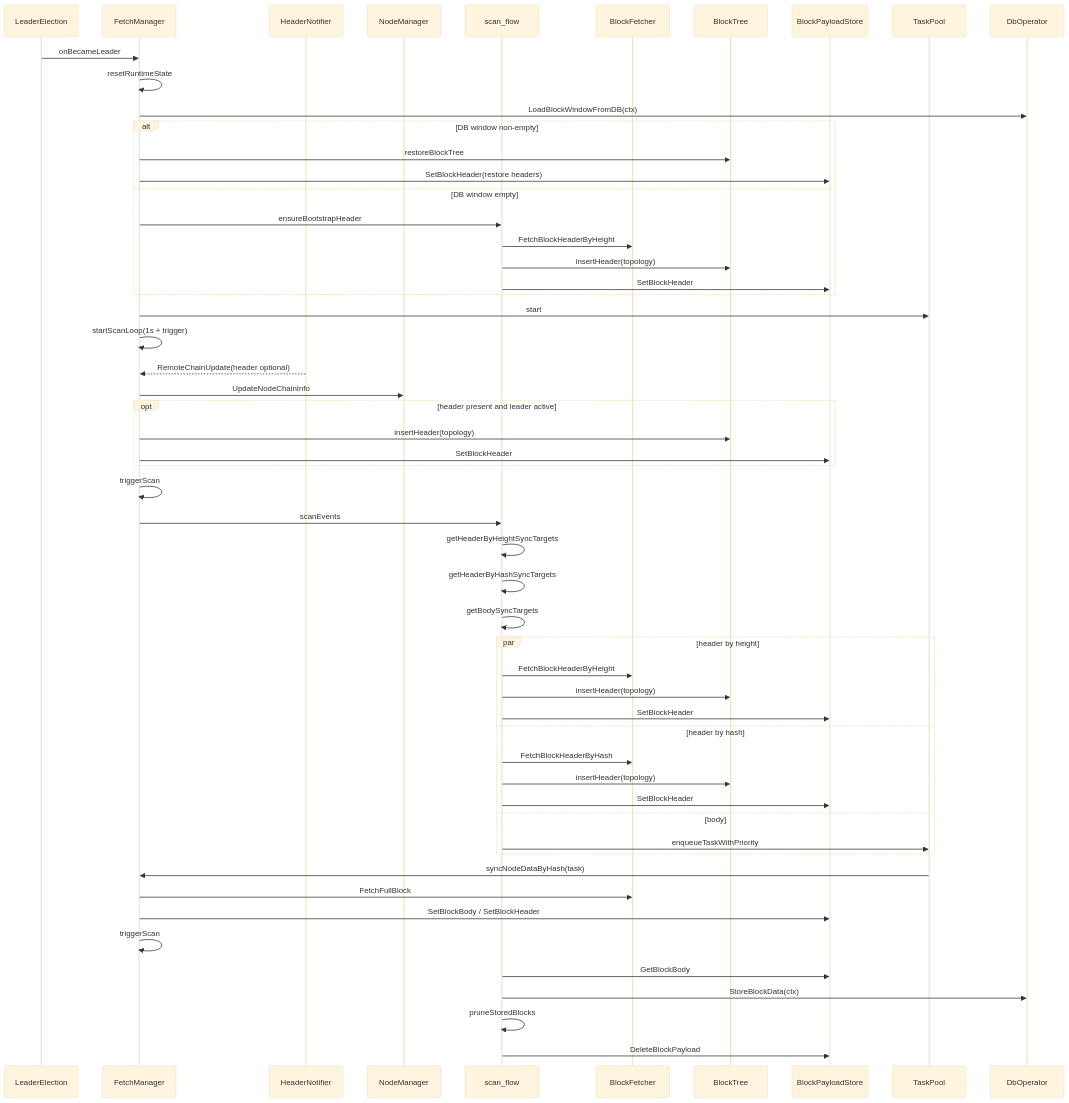
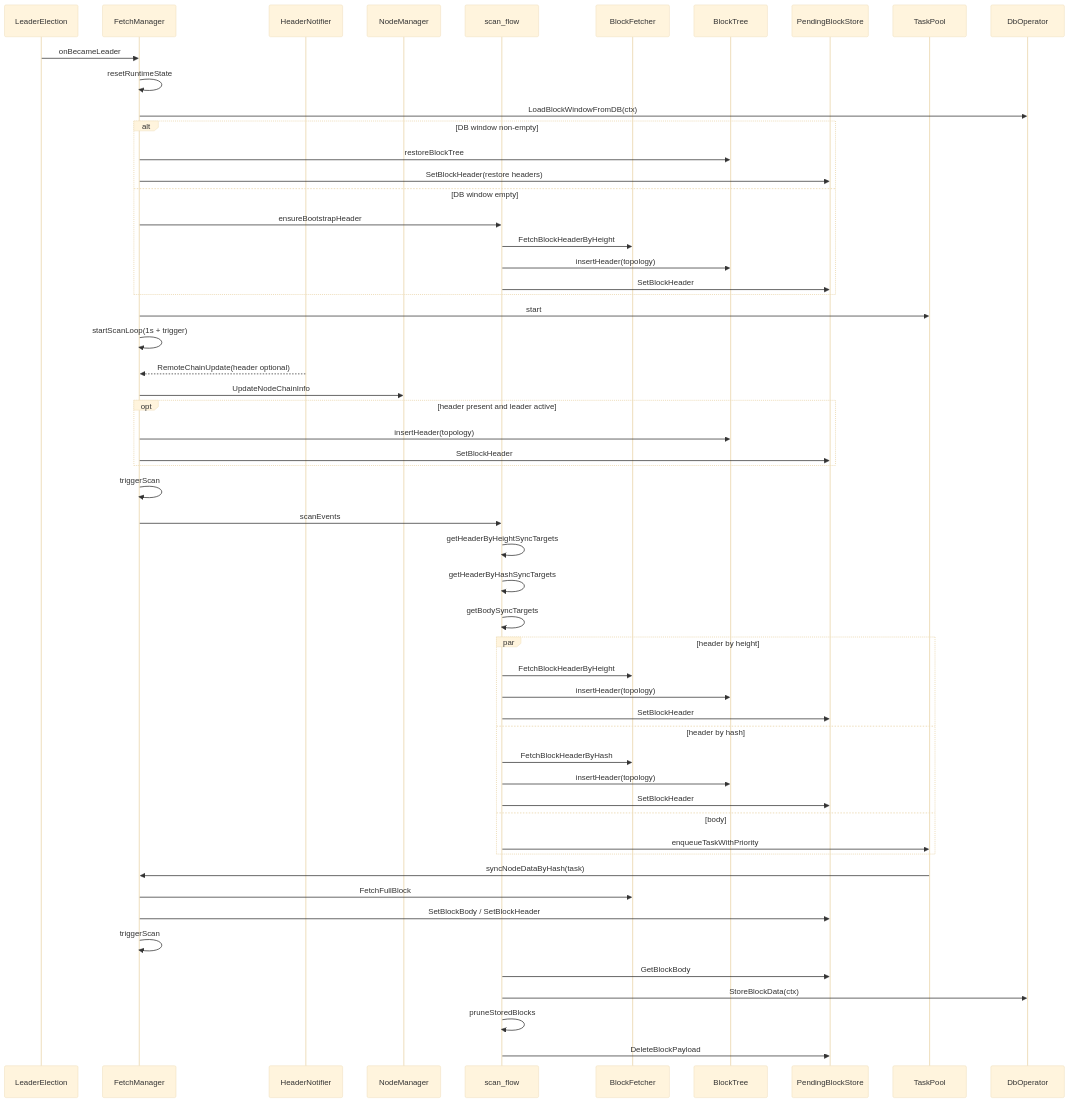
One commit to rqzrqh/scanner_eth changed the second of 2 diagrams in doc/design.md. Above: the diagram before and after it, drawn with Mermaid (base theme). The commit also changed other lines of this file and 57 other files, not shown here.

````diff
--- a/doc/design.md
+++ b/doc/design.md
@@ -49,64 +49,64 @@
 ```mermaid
 sequenceDiagram
     participant LE as LeaderElection
     participant FM as FetchManager
     participant HN as HeaderNotifier
     participant NM as NodeManager
     participant SF as scan_flow
     participant BF as BlockFetcher
     participant BT as BlockTree
-    participant PBD as BlockPayloadStore
+    participant PBD as PendingBlockStore
     participant TP as TaskPool
     participant DB as DbOperator
 
     LE->>FM: onBecameLeader
     FM->>FM: resetRuntimeState
     FM->>DB: LoadBlockWindowFromDB(ctx)
     alt DB window non-empty
         FM->>BT: restoreBlockTree
         FM->>PBD: SetBlockHeader(restore headers)
     else DB window empty
         FM->>SF: ensureBootstrapHeader
         SF->>BF: FetchBlockHeaderByHeight
         SF->>BT: insertHeader(topology)
         SF->>PBD: SetBlockHeader
     end
 
     FM->>TP: start
     FM->>FM: startScanLoop(1s + trigger)
 
     HN-->>FM: RemoteChainUpdate(header optional)
     FM->>NM: UpdateNodeChainInfo
     opt header present and leader active
         FM->>BT: insertHeader(topology)
         FM->>PBD: SetBlockHeader
     end
     FM->>FM: triggerScan
 
     FM->>SF: scanEvents
     SF->>SF: getHeaderByHeightSyncTargets
     SF->>SF: getHeaderByHashSyncTargets
     SF->>SF: getBodySyncTargets
 
     par header by height
         SF->>BF: FetchBlockHeaderByHeight
         SF->>BT: insertHeader(topology)
         SF->>PBD: SetBlockHeader
     and header by hash
         SF->>BF: FetchBlockHeaderByHash
         SF->>BT: insertHeader(topology)
         SF->>PBD: SetBlockHeader
     and body
         SF->>TP: enqueueTaskWithPriority
     end
 
     TP->>FM: syncNodeDataByHash(task)
     FM->>BF: FetchFullBlock
     FM->>PBD: SetBlockBody / SetBlockHeader
     FM->>FM: triggerScan
 
     SF->>PBD: GetBlockBody
     SF->>DB: StoreBlockData(ctx)
     SF->>SF: pruneStoredBlocks
     SF->>PBD: DeleteBlockPayload
 ```
````
